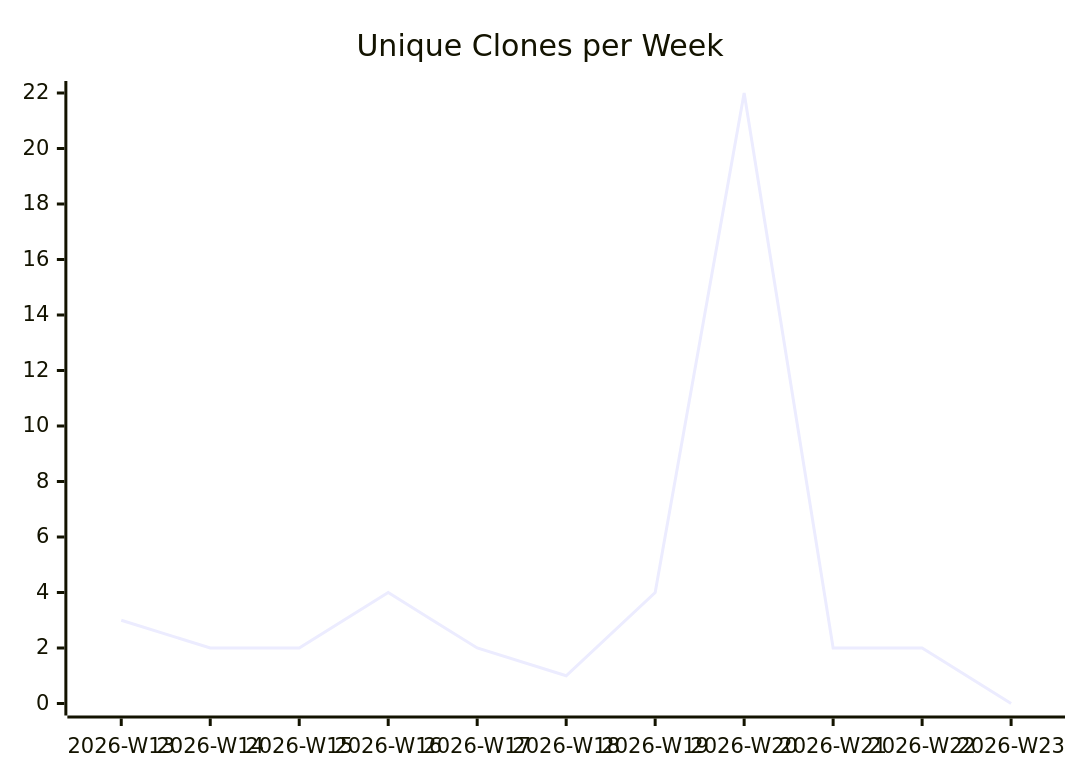
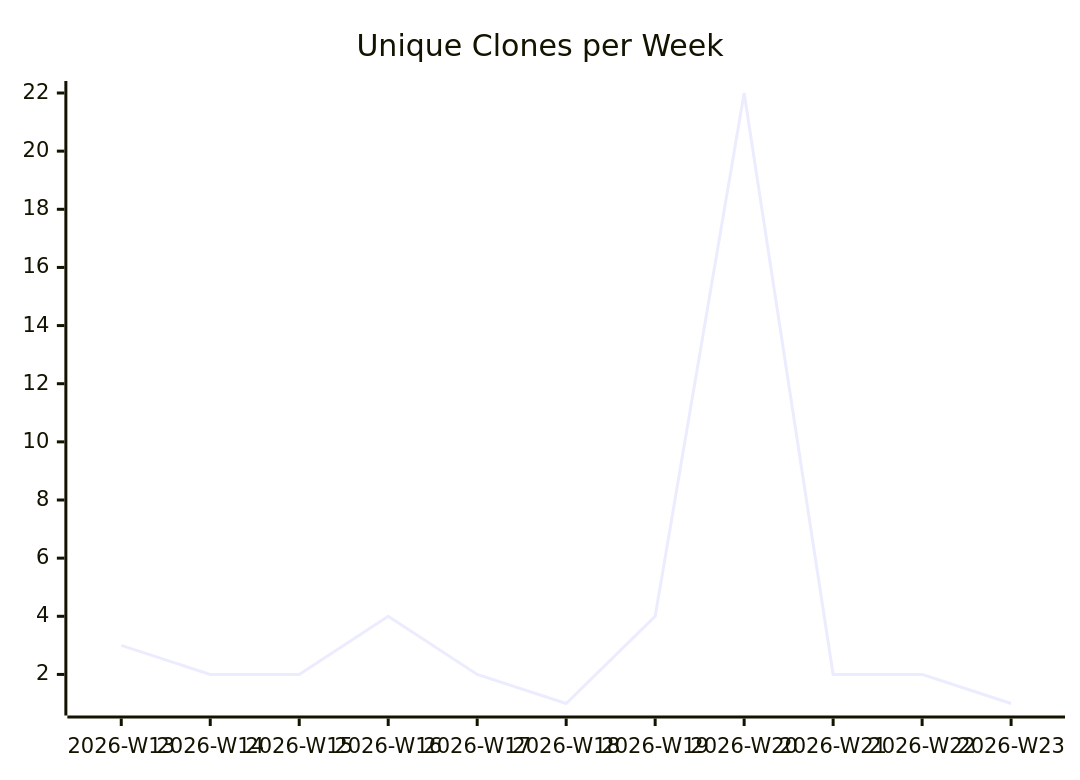
Before and after one commit to justdavis-family/github-analytics-data: the third of 3 diagrams in karlmdavis/ansible-role-rcm-dotfiles/README.md, drawn with Mermaid. The commit also changed other lines of this file and 189 other files, not shown here.

````diff
--- a/karlmdavis/ansible-role-rcm-dotfiles/README.md
+++ b/karlmdavis/ansible-role-rcm-dotfiles/README.md
@@ -19,6 +19,6 @@
 ```mermaid
 xychart-beta
   title "Unique Clones per Week"
   x-axis ["2026-W13", "2026-W14", "2026-W15", "2026-W16", "2026-W17", "2026-W18", "2026-W19", "2026-W20", "2026-W21", "2026-W22", "2026-W23"]
-  line [3, 2, 2, 4, 2, 1, 4, 22, 2, 2, 0]
+  line [3, 2, 2, 4, 2, 1, 4, 22, 2, 2, 1]
 ```
````
